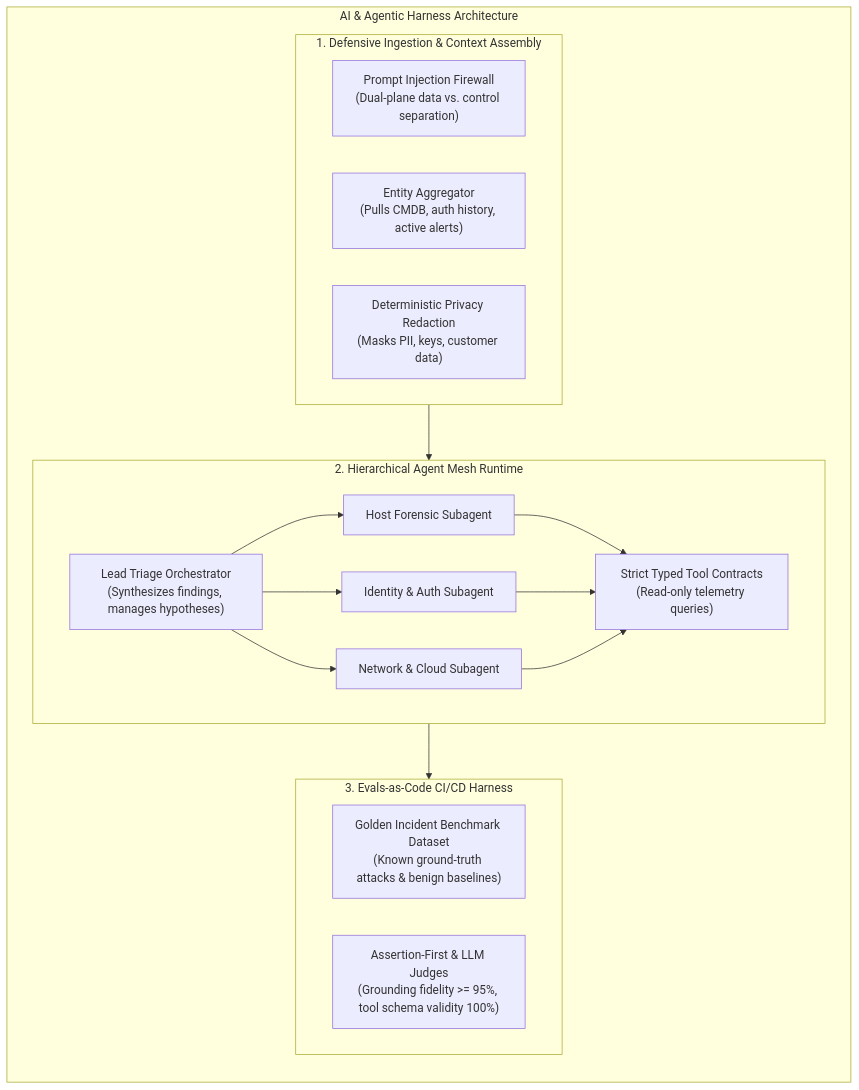
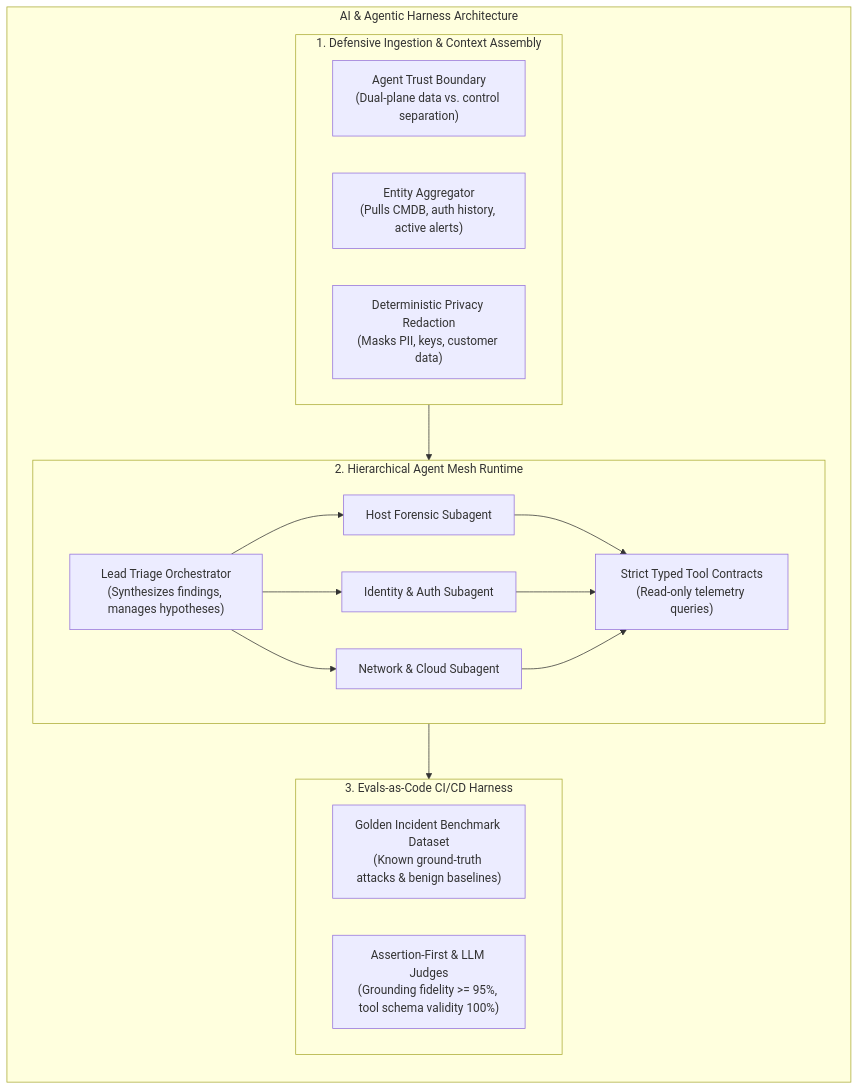
One commit to Haribu/TIDIR changed the sixth of 7 diagrams in docs/architecture/05-cross-cutting-engineering-disciplines.md. Above: the diagram before and after it, drawn with Mermaid. The commit also changed other lines of this file and 16 other files, not shown here.

Commit message:
feat: implement immediate architecture refinements and v0.2 roadmap

````diff
--- a/docs/architecture/05-cross-cutting-engineering-disciplines.md
+++ b/docs/architecture/05-cross-cutting-engineering-disciplines.md
@@ -170,33 +170,33 @@
 ```mermaid
 flowchart TB
   subgraph AI_Harness ["AI & Agentic Harness Architecture"]
     direction TB
     subgraph ContextEngine ["1. Defensive Ingestion & Context Assembly"]
-      FIREWALL["Prompt Injection Firewall\n(Dual-plane data vs. control separation)"]
+      FIREWALL["Agent Trust Boundary\n(Dual-plane data vs. control separation)"]
       GATHER["Entity Aggregator\n(Pulls CMDB, auth history, active alerts)"]
       REDACT["Deterministic Privacy Redaction\n(Masks PII, keys, customer data)"]
     end
 
     subgraph AgentRuntime ["2. Hierarchical Agent Mesh Runtime"]
       ORCH["Lead Triage Orchestrator\n(Synthesizes findings, manages hypotheses)"]
       SUB_HOST["Host Forensic Subagent"]
       SUB_ID["Identity & Auth Subagent"]
       SUB_NET["Network & Cloud Subagent"]
       TOOLS["Strict Typed Tool Contracts\n(Read-only telemetry queries)"]
     end
 
     subgraph EvalHarness ["3. Evals-as-Code CI/CD Harness"]
       BENCH["Golden Incident Benchmark Dataset\n(Known ground-truth attacks & benign baselines)"]
       JUDGE["Assertion-First & LLM Judges\n(Grounding fidelity >= 95%, tool schema validity 100%)"]
     end
 
     ContextEngine --> AgentRuntime
     AgentRuntime --> EvalHarness
     ORCH --> SUB_HOST
     ORCH --> SUB_ID
     ORCH --> SUB_NET
     SUB_HOST --> TOOLS
     SUB_ID --> TOOLS
     SUB_NET --> TOOLS
   end
 ```
````
